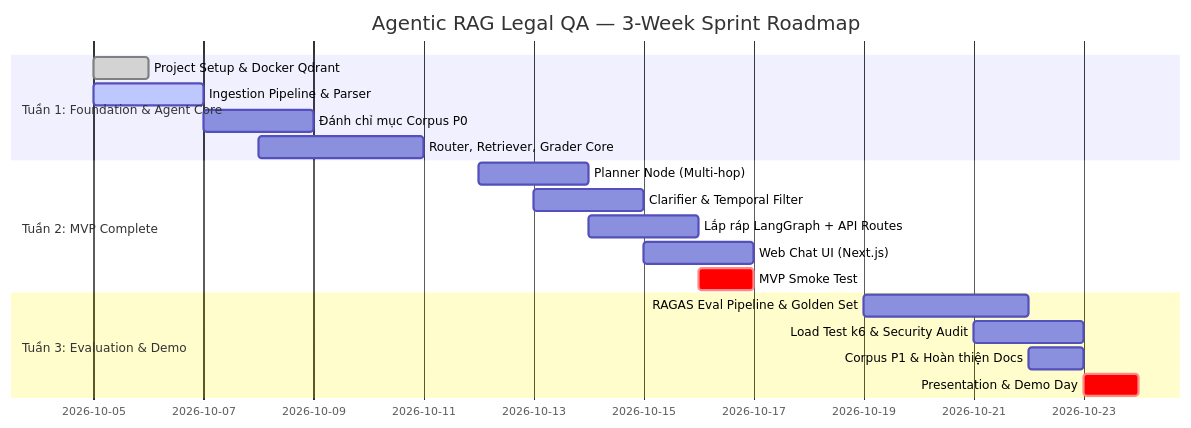
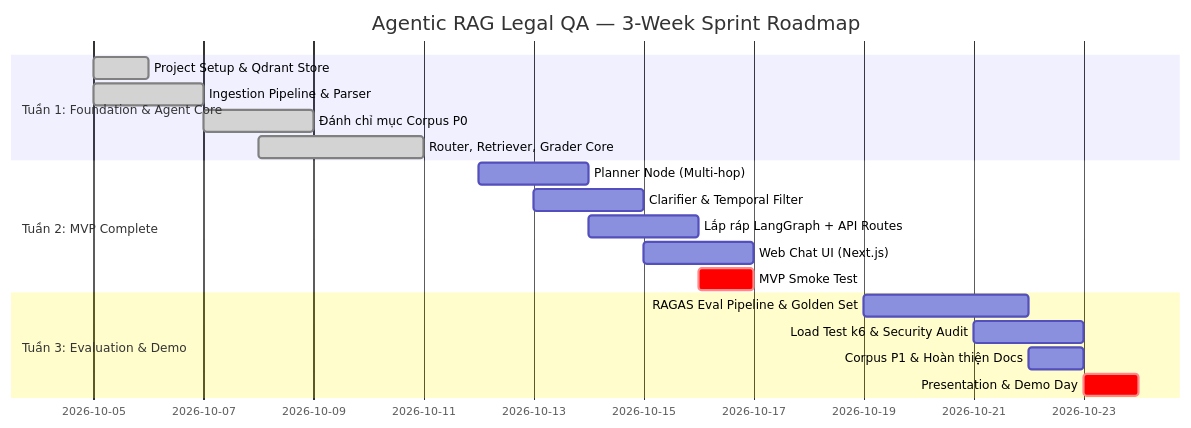
One commit to dovh25/agentic-rag-legal-qa-hanoi changed the second of 2 diagrams in README.md. Above: the diagram before and after it, drawn with Mermaid. The commit also changed other lines of this file and 10 other files, not shown here.

````diff
--- a/README.md
+++ b/README.md
@@ -217,23 +217,23 @@
 ```mermaid
 gantt
     title Agentic RAG Legal QA — 3-Week Sprint Roadmap
     dateFormat  YYYY-MM-DD
     section Tuần 1: Foundation & Agent Core
-    Project Setup & Docker Qdrant    :done,    w1_1, 2026-10-05, 1d
-    Ingestion Pipeline & Parser      :active,  w1_2, 2026-10-05, 2d
-    Đánh chỉ mục Corpus P0           :         w1_3, 2026-10-07, 2d
-    Router, Retriever, Grader Core   :         w1_4, 2026-10-08, 3d
+    Project Setup & Qdrant Store     :done,    w1_1, 2026-10-05, 1d
+    Ingestion Pipeline & Parser      :done,    w1_2, 2026-10-05, 2d
+    Đánh chỉ mục Corpus P0           :done,    w1_3, 2026-10-07, 2d
+    Router, Retriever, Grader Core   :done,    w1_4, 2026-10-08, 3d
 
     section Tuần 2: MVP Complete
     Planner Node (Multi-hop)         :         w2_1, 2026-10-12, 2d
     Clarifier & Temporal Filter      :         w2_2, 2026-10-13, 2d
     Lắp ráp LangGraph + API Routes   :         w2_3, 2026-10-14, 2d
     Web Chat UI (Next.js)            :         w2_4, 2026-10-15, 2d
     MVP Smoke Test                   :crit,    w2_5, 2026-10-16, 1d
 
     section Tuần 3: Evaluation & Demo
     RAGAS Eval Pipeline & Golden Set :         w3_1, 2026-10-19, 3d
     Load Test k6 & Security Audit    :         w3_2, 2026-10-21, 2d
     Corpus P1 & Hoàn thiện Docs      :         w3_3, 2026-10-22, 1d
     Presentation & Demo Day          :crit,    w3_4, 2026-10-23, 1d
 ```
````
